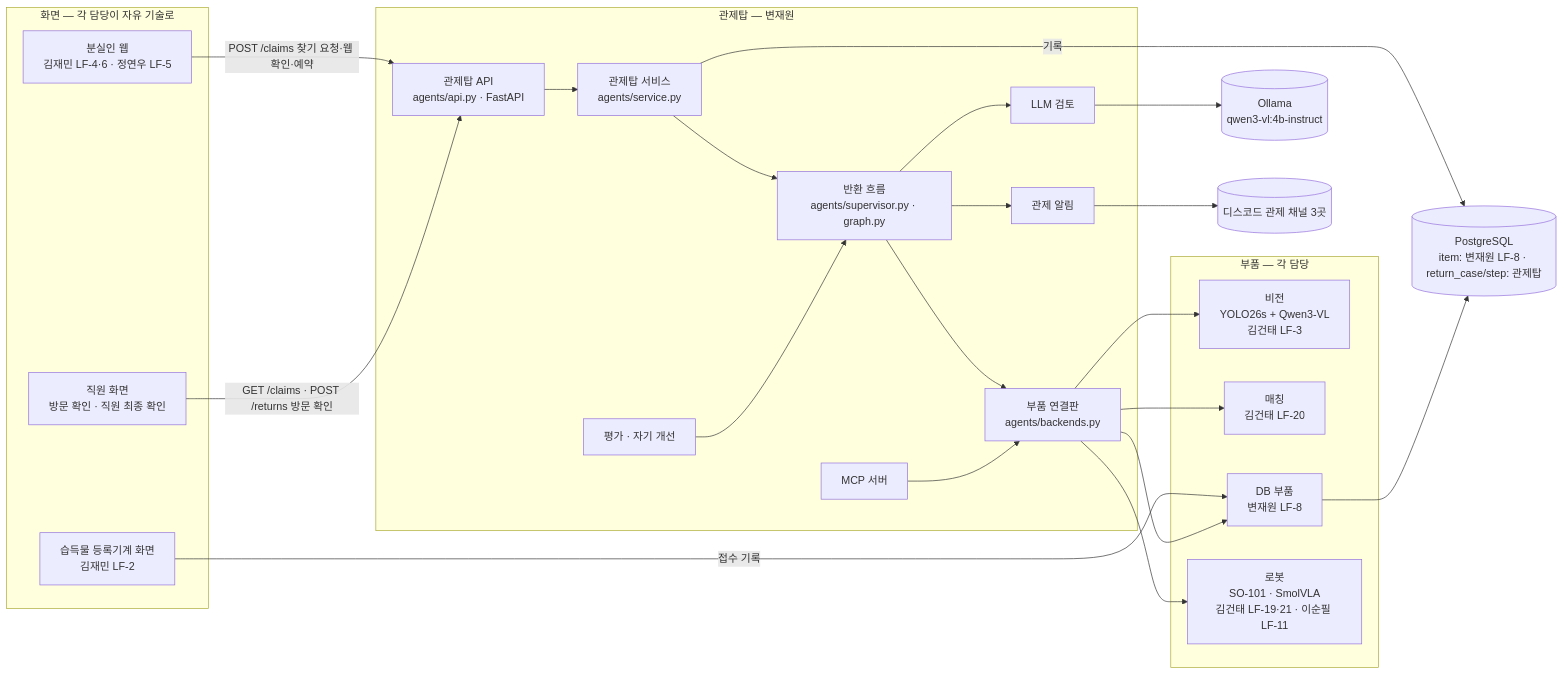
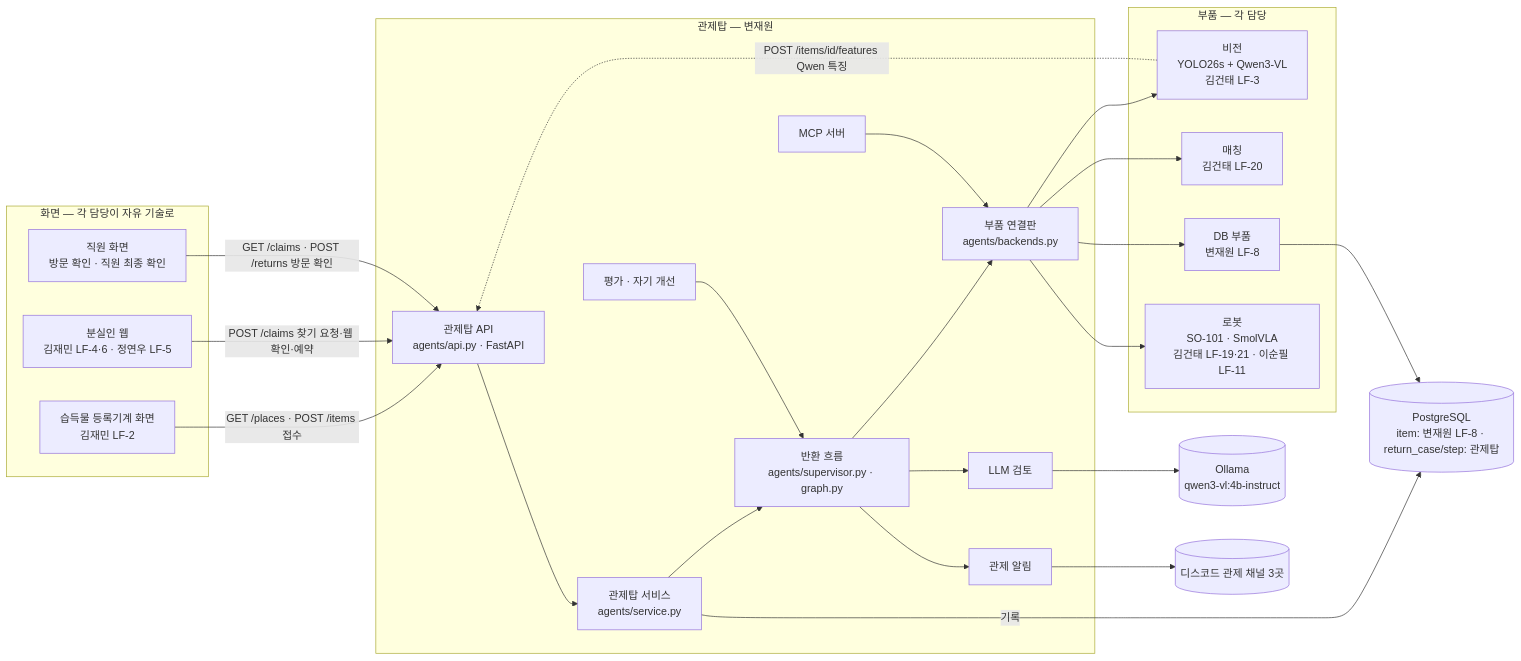
One commit to agentops-lostfound/ai-lostfound-tower changed the first of 2 diagrams in docs/design/architecture.md. Above: the diagram before and after it, drawn with Mermaid. The commit also changed other lines of this file and 7 other files, not shown here.

First line of the commit message:
LF-8 등록기계 접수 API 추가: 추천 장소·습득물 접수·Qwen 특징 채우기 (등록기계 화면과 Qwen 작업이 맞출 관제탑 입구를 먼저 정하기 위해)

````diff
--- a/docs/design/architecture.md
+++ b/docs/design/architecture.md
@@ -7,38 +7,39 @@
 ```mermaid
 flowchart LR
   subgraph Screens[화면 — 각 담당이 자유 기술로]
     Kiosk[습득물 등록기계 화면<br/>김재민 LF-2]
     Web[분실인 웹<br/>김재민 LF-4·6 · 정연우 LF-5]
     Staff[직원 화면<br/>방문 확인 · 직원 최종 확인]
   end
   subgraph Tower[관제탑 — 변재원]
     API[관제탑 API<br/>agents/api.py · FastAPI]
     SVC[관제탑 서비스<br/>agents/service.py]
     SUP[반환 흐름<br/>agents/supervisor.py · graph.py]
     CB[부품 연결판<br/>agents/backends.py]
     REV[LLM 검토]
     REP[관제 알림]
     EVAL[평가 · 자기 개선]
     MCP[MCP 서버]
   end
   subgraph Parts[부품 — 각 담당]
     V[비전<br/>YOLO26s + Qwen3-VL<br/>김건태 LF-3]
     M[매칭<br/>김건태 LF-20]
     D[DB 부품<br/>변재원 LF-8]
     R[로봇<br/>SO-101 · SmolVLA<br/>김건태 LF-19·21 · 이순필 LF-11]
   end
   PG[(PostgreSQL<br/>item: 변재원 LF-8 · return_case/step: 관제탑)]
   OL[(Ollama<br/>qwen3-vl:4b-instruct)]
   DC[(디스코드 관제 채널 3곳)]
-  Kiosk -->|접수 기록| D
+  Kiosk -->|GET /places · POST /items 접수| API
+  V -.->|POST /items/id/features Qwen 특징| API
   Web -->|POST /claims 찾기 요청·웹 확인·예약| API
   Staff -->|GET /claims · POST /returns 방문 확인| API
   API --> SVC --> SUP --> CB
   SVC -->|기록| PG
   CB --> V & M & D & R
   D --> PG
   SUP --> REV --> OL
   SUP --> REP --> DC
   EVAL --> SUP
   MCP --> CB
 ```
````
